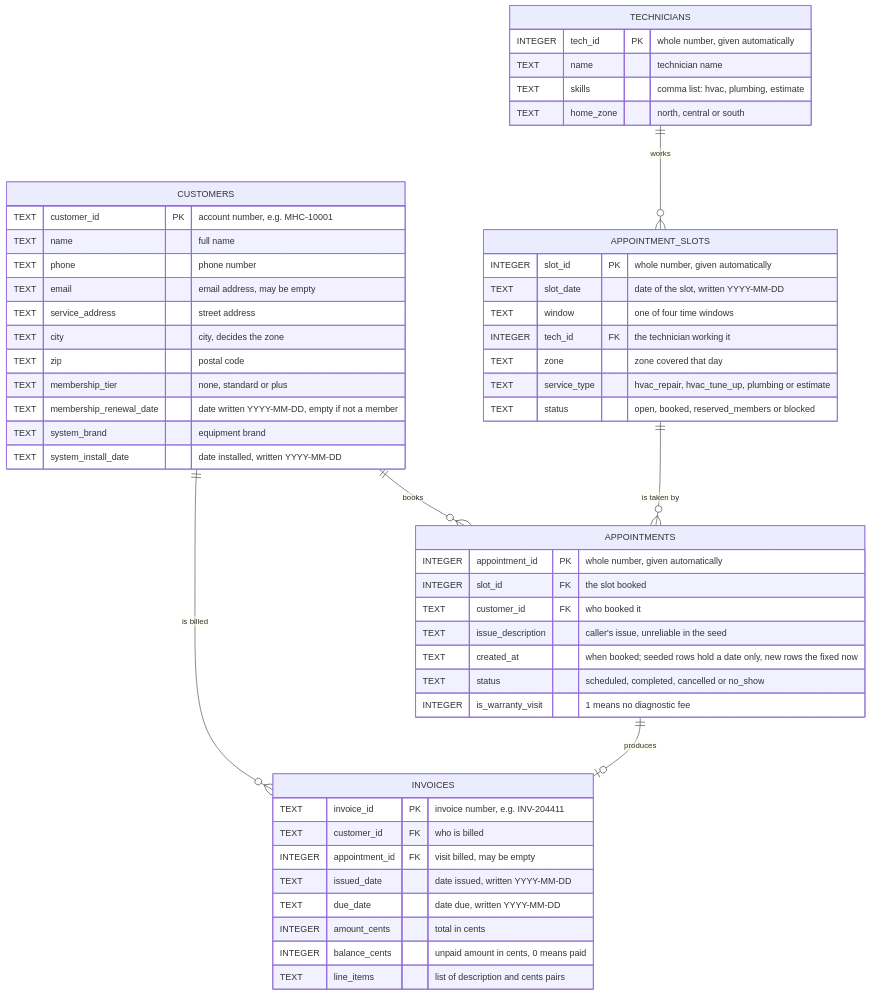
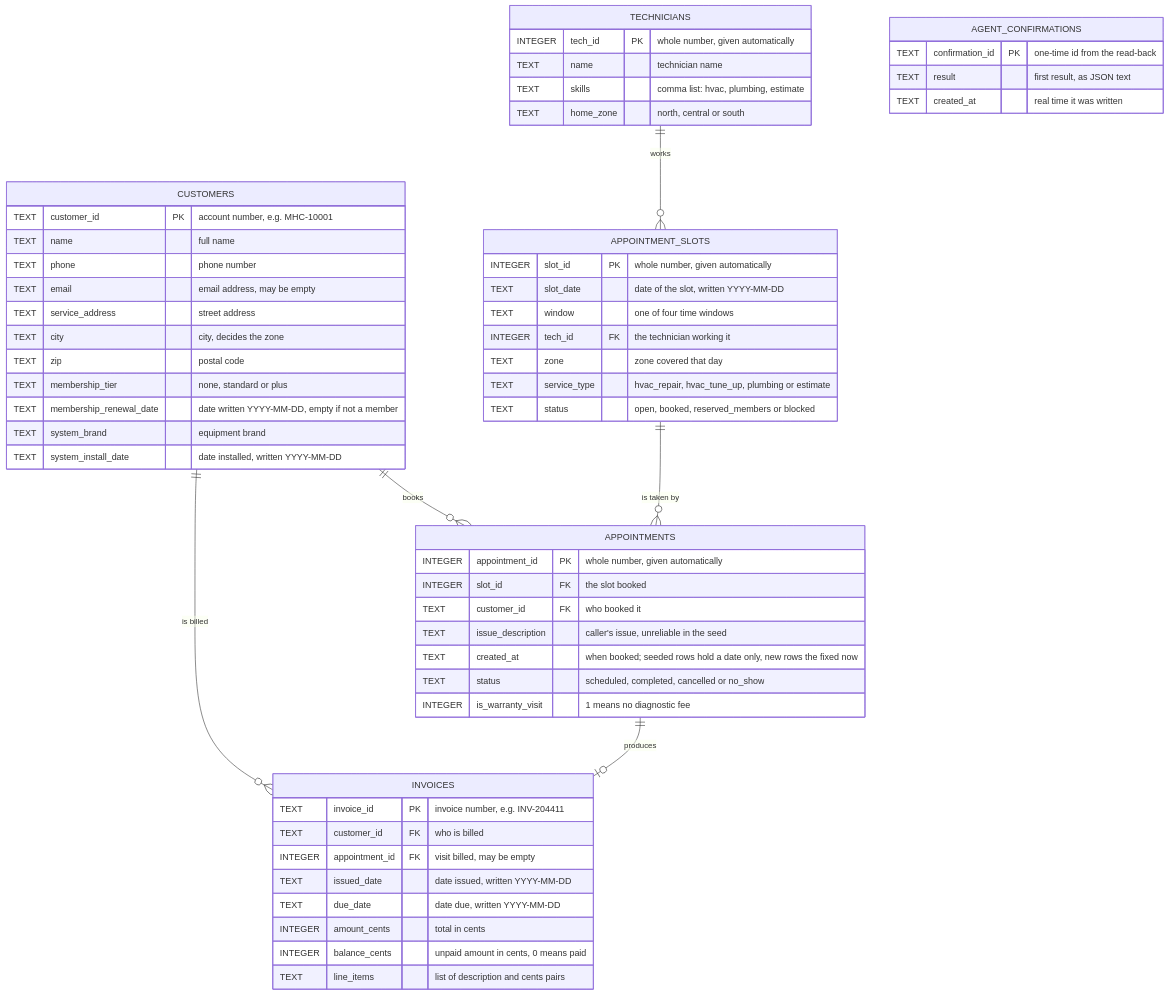
The third of 21 diagrams in docs/ARCHITECTURE.md (lucycchi/AI_Call_Center_Agent), drawn with Mermaid before and after one commit. The commit also changed other lines of this file and 29 other files, not shown here.

````diff
--- a/docs/ARCHITECTURE.md
+++ b/docs/ARCHITECTURE.md
@@ -98,55 +98,60 @@
 ```mermaid
 erDiagram
     CUSTOMERS ||--o{ APPOINTMENTS : "books"
     CUSTOMERS ||--o{ INVOICES : "is billed"
     TECHNICIANS ||--o{ APPOINTMENT_SLOTS : "works"
     APPOINTMENT_SLOTS ||--o{ APPOINTMENTS : "is taken by"
     APPOINTMENTS ||--o| INVOICES : "produces"
     CUSTOMERS {
         TEXT customer_id PK "account number, e.g. MHC-10001"
         TEXT name "full name"
         TEXT phone "phone number"
         TEXT email "email address, may be empty"
         TEXT service_address "street address"
         TEXT city "city, decides the zone"
         TEXT zip "postal code"
         TEXT membership_tier "none, standard or plus"
         TEXT membership_renewal_date "date written YYYY-MM-DD, empty if not a member"
         TEXT system_brand "equipment brand"
         TEXT system_install_date "date installed, written YYYY-MM-DD"
     }
     TECHNICIANS {
         INTEGER tech_id PK "whole number, given automatically"
         TEXT name "technician name"
         TEXT skills "comma list: hvac, plumbing, estimate"
         TEXT home_zone "north, central or south"
     }
     APPOINTMENT_SLOTS {
         INTEGER slot_id PK "whole number, given automatically"
         TEXT slot_date "date of the slot, written YYYY-MM-DD"
         TEXT window "one of four time windows"
         INTEGER tech_id FK "the technician working it"
         TEXT zone "zone covered that day"
         TEXT service_type "hvac_repair, hvac_tune_up, plumbing or estimate"
         TEXT status "open, booked, reserved_members or blocked"
     }
     APPOINTMENTS {
         INTEGER appointment_id PK "whole number, given automatically"
         INTEGER slot_id FK "the slot booked"
         TEXT customer_id FK "who booked it"
         TEXT issue_description "caller's issue, unreliable in the seed"
         TEXT created_at "when booked; seeded rows hold a date only, new rows the fixed now"
         TEXT status "scheduled, completed, cancelled or no_show"
         INTEGER is_warranty_visit "1 means no diagnostic fee"
     }
+    AGENT_CONFIRMATIONS {
+        TEXT confirmation_id PK "one-time id from the read-back"
+        TEXT result "first result, as JSON text"
+        TEXT created_at "real time it was written"
+    }
     INVOICES {
         TEXT invoice_id PK "invoice number, e.g. INV-204411"
         TEXT customer_id FK "who is billed"
         INTEGER appointment_id FK "visit billed, may be empty"
         TEXT issued_date "date issued, written YYYY-MM-DD"
         TEXT due_date "date due, written YYYY-MM-DD"
         INTEGER amount_cents "total in cents"
         INTEGER balance_cents "unpaid amount in cents, 0 means paid"
         TEXT line_items "list of description and cents pairs"
     }
 ```
````
